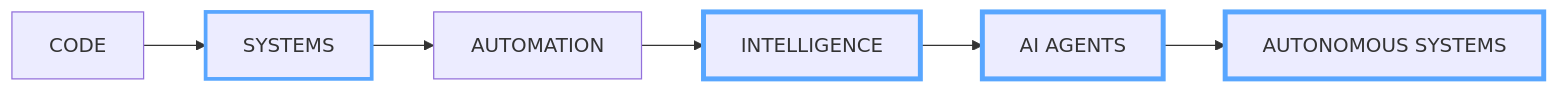
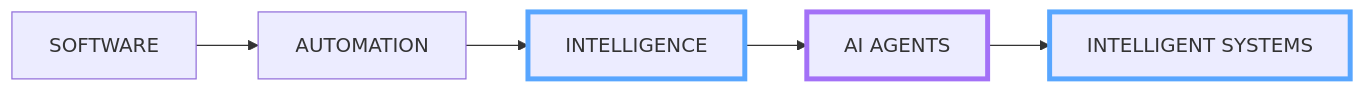
Before and after one commit to Harish-ai-dev/Harish-ai-dev: the third of 3 diagrams in README.md, drawn with Mermaid. The commit also changed other lines of this file, not shown here.

````diff
--- a/README.md
+++ b/README.md
@@ -379,21 +189,11 @@
-```mermaid id="v6p2m8"
+```mermaid
 flowchart LR
+    SOFTWARE[SOFTWARE] --> AUTOMATION[AUTOMATION]
+    AUTOMATION --> INTELLIGENCE[INTELLIGENCE]
+    INTELLIGENCE --> AGENTS[AI AGENTS]
+    AGENTS --> SYSTEMS[INTELLIGENT SYSTEMS]
 
-    CODE["CODE"]
-    SYSTEMS["SYSTEMS"]
-    AUTOMATION["AUTOMATION"]
-    INTELLIGENCE["INTELLIGENCE"]
-    AGENTS["AI AGENTS"]
-    AUTONOMY["AUTONOMOUS SYSTEMS"]
-
-    CODE --> SYSTEMS
-    SYSTEMS --> AUTOMATION
-    AUTOMATION --> INTELLIGENCE
-    INTELLIGENCE --> AGENTS
-    AGENTS --> AUTONOMY
-
-    style SYSTEMS stroke:#58A6FF,stroke-width:3px
-    style INTELLIGENCE stroke:#58A6FF,stroke-width:4px
-    style AGENTS stroke:#58A6FF,stroke-width:4px
-    style AUTONOMY stroke:#58A6FF,stroke-width:4px
+    style INTELLIGENCE stroke:#58a6ff,stroke-width:4px
+    style AGENTS stroke:#a371f7,stroke-width:4px
+    style SYSTEMS stroke:#58a6ff,stroke-width:4px
 ```
````
